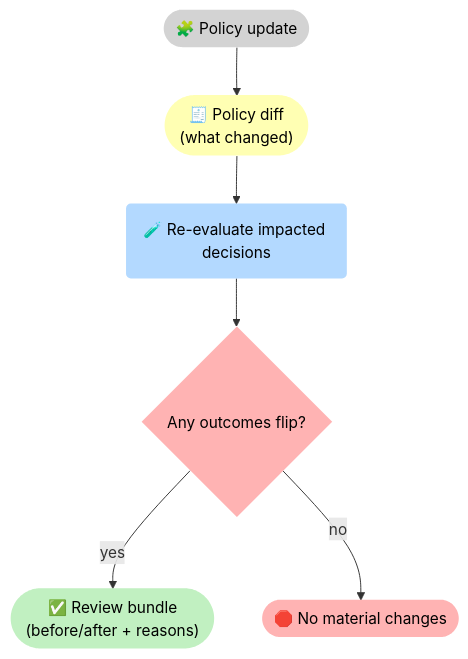
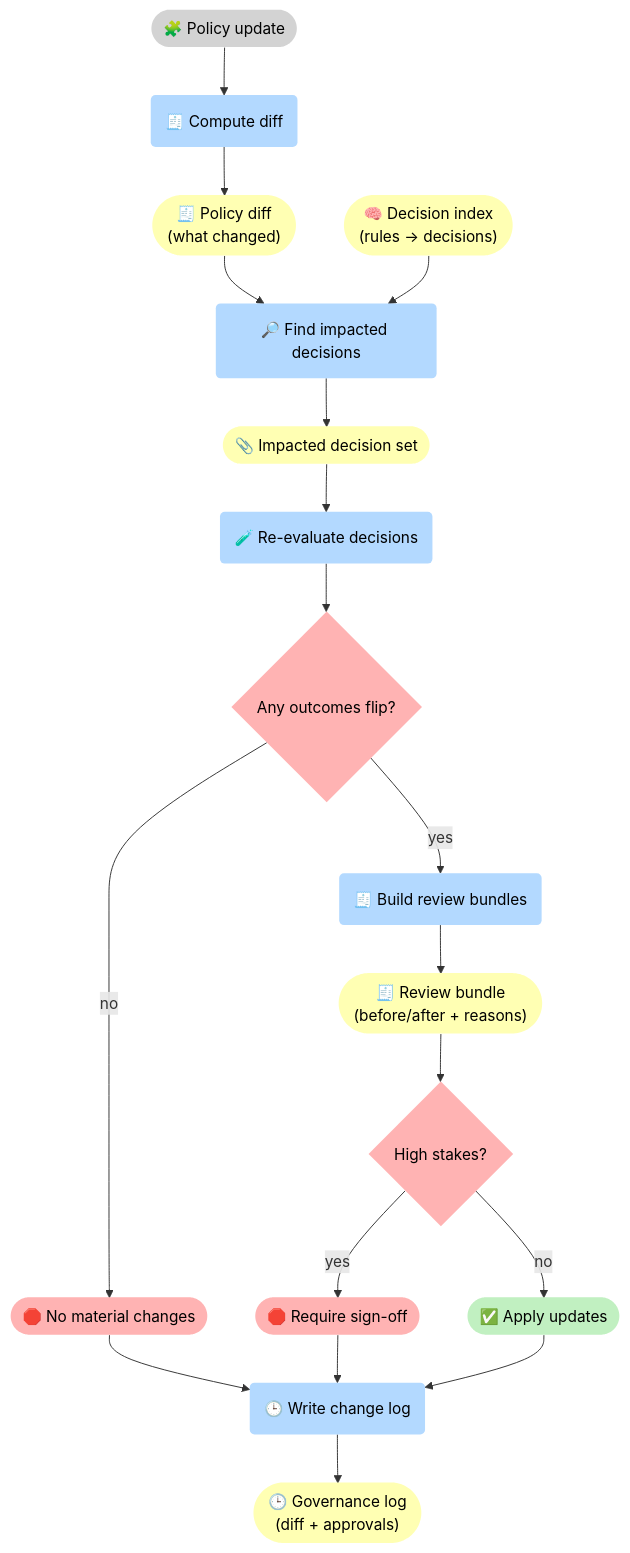
The third of 3 diagrams in docs/case-studies/finance.md (5Reasons/5reasons.github.io), drawn with Mermaid before and after one commit. The commit also changed other lines of this file and 8 other files, not shown here.

First line of the commit message:
Enhance case studies with detailed flowcharts and explicit gates

````diff
--- a/docs/case-studies/finance.md
+++ b/docs/case-studies/finance.md
@@ -126,20 +168,43 @@
 ```mermaid
 flowchart TB
 %% Styles (brModel Standard)
 classDef i fill:#D3D3D3,stroke-width:0px,color:#000;
 classDef p fill:#B3D9FF,stroke-width:0px,color:#000;
 classDef r fill:#FFFFB3,stroke-width:0px,color:#000;
 classDef o fill:#C1F0C1,stroke-width:0px,color:#000;
 classDef s fill:#FFB3B3,stroke-width:0px,color:#000;
 
 I_Upd(["🧩 Policy update"]):::i
+P_Diff("🧾 Compute diff"):::p
 R_Diff(["🧾 Policy diff<br>(what changed)"]):::r
-P_Reeval("🧪 Re-evaluate impacted decisions"):::p
+
+P_Impact("🔎 Find impacted decisions"):::p
+R_Idx(["🧠 Decision index<br>(rules → decisions)"]):::r
+R_Set(["📎 Impacted decision set" ]):::r
+
+P_Reeval("🧪 Re-evaluate decisions"):::p
 G_Flip{"Any outcomes flip?"}:::s
-O_Rep(["✅ Review bundle<br>(before/after + reasons)"]):::o
-S_No(["🛑 No material changes"]):::s
+P_Pack("🧾 Build review bundles"):::p
+R_Bun(["🧾 Review bundle<br>(before/after + reasons)"]):::r
 
-I_Upd --> R_Diff --> P_Reeval --> G_Flip
-G_Flip -->|"yes"| O_Rep
-G_Flip -->|"no"| S_No
+G_Risk{"High stakes?"}:::s
+S_Sign(["🛑 Require sign-off" ]):::s
+O_Apply(["✅ Apply updates" ]):::o
+
+P_Log("🕒 Write change log"):::p
+R_Log(["🕒 Governance log<br>(diff + approvals)"]):::r
+
+S_No(["🛑 No material changes" ]):::s
+
+I_Upd --> P_Diff --> R_Diff --> P_Impact
+R_Idx --> P_Impact
+P_Impact --> R_Set --> P_Reeval --> G_Flip
+
+G_Flip -->|"no"| S_No --> P_Log
+G_Flip -->|"yes"| P_Pack --> R_Bun --> G_Risk
+
+G_Risk -->|"yes"| S_Sign --> P_Log
+G_Risk -->|"no"| O_Apply --> P_Log
+
+P_Log --> R_Log
 ```
````
